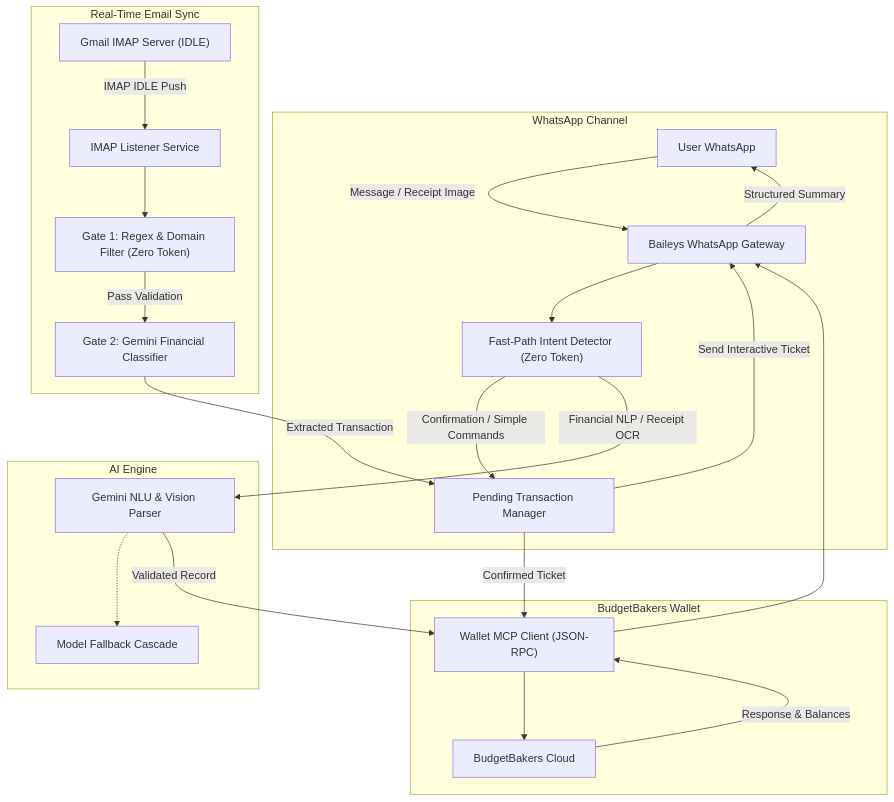
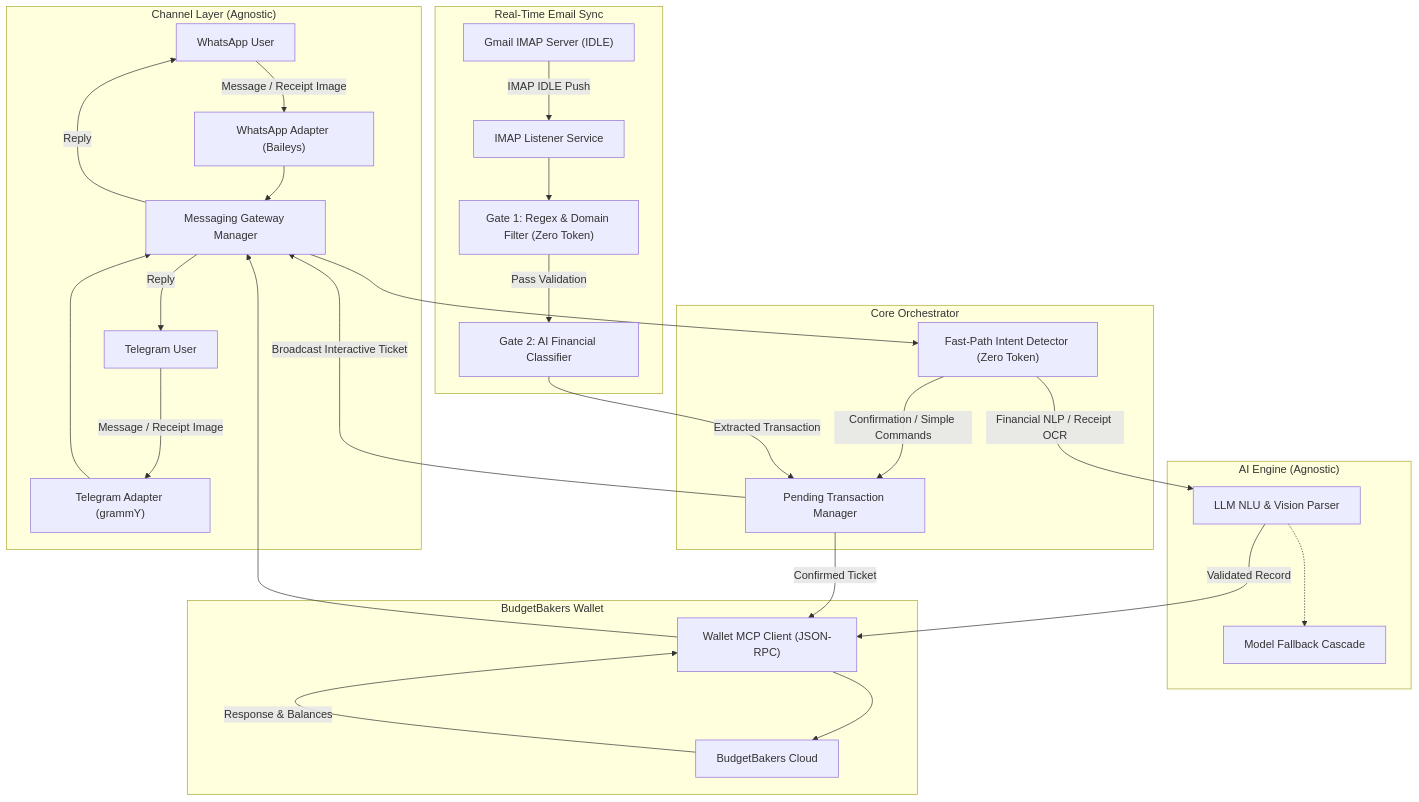
One commit to Churma16/wallet-mcp-budgetbakers-bot changed the diagram in README.md. Above: the diagram before and after it, drawn with Mermaid. The commit also changed other lines of this file and 15 other files, not shown here.

Commit message:
feat(messaging): add channel-agnostic bot architecture and Telegram bot integration

````diff
--- a/README.md
+++ b/README.md
@@ -11,45 +11,55 @@
 ```mermaid
 flowchart TD
-    subgraph WhatsApp_Channel ["WhatsApp Channel"]
-        User["User WhatsApp"]
-        Bot["Baileys WhatsApp Gateway"]
+    subgraph Messaging_Channels ["Channel Layer (Agnostic)"]
+        UserWA["WhatsApp User"]
+        UserTG["Telegram User"]
+        AdapterWA["WhatsApp Adapter (Baileys)"]
+        AdapterTG["Telegram Adapter (grammY)"]
+        Gateway["Messaging Gateway Manager"]
+    end
+
+    subgraph Core_Orchestrator ["Core Orchestrator"]
         FastPath["Fast-Path Intent Detector (Zero Token)"]
         PendingMgr["Pending Transaction Manager"]
     end
 
-    subgraph AI_Engine ["AI Engine"]
-        GeminiNLU["Gemini NLU & Vision Parser"]
+    subgraph AI_Engine ["AI Engine (Agnostic)"]
+        GeminiNLU["LLM NLU & Vision Parser"]
         FallbackCascade["Model Fallback Cascade"]
     end
 
     subgraph Email_Sync ["Real-Time Email Sync"]
         Gmail["Gmail IMAP Server (IDLE)"]
         Listener["IMAP Listener Service"]
         Gate1["Gate 1: Regex & Domain Filter (Zero Token)"]
-        Gate2["Gate 2: Gemini Financial Classifier"]
+        Gate2["Gate 2: AI Financial Classifier"]
     end
 
     subgraph Wallet_Integration ["BudgetBakers Wallet"]
         McpClient["Wallet MCP Client (JSON-RPC)"]
         BBCloud["BudgetBakers Cloud"]
     end
 
-    User -->|Message / Receipt Image| Bot
-    Bot --> FastPath
+    UserWA -->|Message / Receipt Image| AdapterWA
+    UserTG -->|Message / Receipt Image| AdapterTG
+    AdapterWA --> Gateway
+    AdapterTG --> Gateway
+    Gateway --> FastPath
     FastPath -->|Confirmation / Simple Commands| PendingMgr
     FastPath -->|Financial NLP / Receipt OCR| GeminiNLU
     GeminiNLU -.-> FallbackCascade
     GeminiNLU -->|Validated Record| McpClient
 
     Gmail -->|IMAP IDLE Push| Listener
     Listener --> Gate1
     Gate1 -->|Pass Validation| Gate2
     Gate2 -->|Extracted Transaction| PendingMgr
-    PendingMgr -->|Send Interactive Ticket| Bot
+    PendingMgr -->|Broadcast Interactive Ticket| Gateway
     PendingMgr -->|Confirmed Ticket| McpClient
 
     McpClient --> BBCloud
     BBCloud -->|Response & Balances| McpClient
-    McpClient --> Bot
-    Bot -->|Structured Summary| User
+    McpClient --> Gateway
+    Gateway -->|Reply| UserWA
+    Gateway -->|Reply| UserTG
 ```
````
